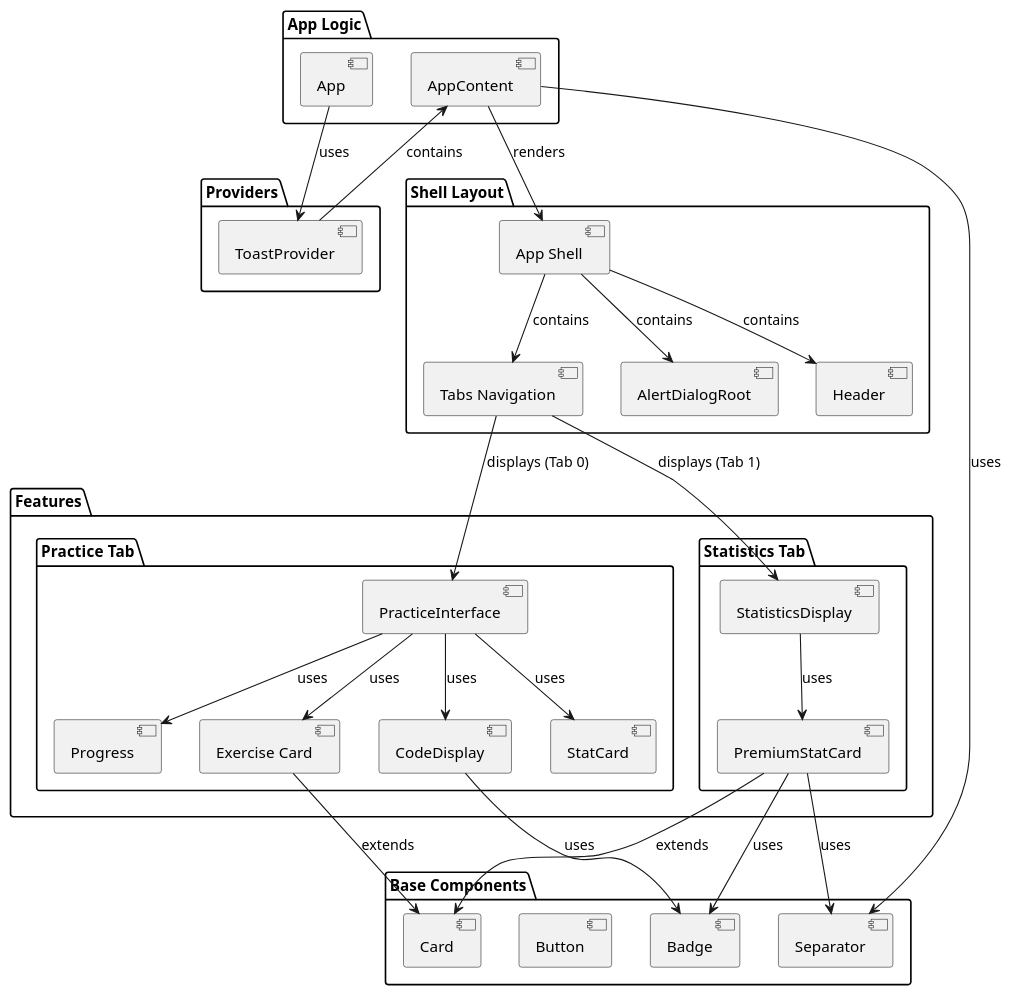
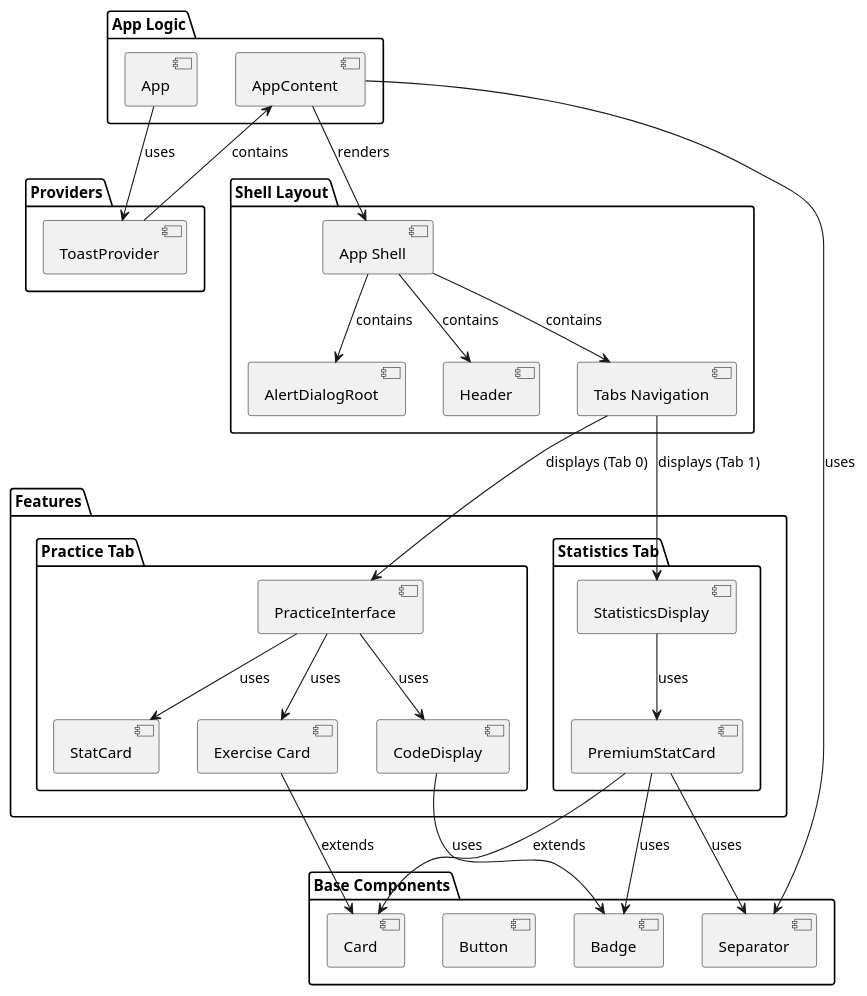
Before and after one commit to sirius-cc-wu/array30-typing-tutor: the diagram in architecture.puml, drawn with PlantUML.

Commit message:
Update UML

```diff
--- a/architecture.puml
+++ b/architecture.puml
@@ -1,67 +1,65 @@
 @startuml Array30 Architecture
 
 package "App Logic" {
     component [App] as App
     component [AppContent] as AppContent
 }
 
 package "Providers" {
     component [ToastProvider] as ToastProvider
 }
 
 package "Shell Layout" {
     component [App Shell] as Shell
     component [Header] as Header
     component [Tabs Navigation] as Tabs
     component [AlertDialogRoot] as AlertDialog
 }
 
 package "Features" {
     package "Practice Tab" {
         component [PracticeInterface] as PI
         component [Exercise Card] as ExerciseCard
         component [StatCard] as StatCard
-        component [Progress] as Progress
         component [CodeDisplay] as CodeDisplay
     }
     
     package "Statistics Tab" {
         component [StatisticsDisplay] as SD
         component [PremiumStatCard] as PStatCard
     }
 }
 
 package "Base Components" {
     component [Card] as Card
     component [Badge] as Badge
     component [Button] as Button
     component [Separator] as Separator
 }
 
 App --> ToastProvider : "uses"
 ToastProvider --> AppContent : "contains"
 AppContent --> Shell : "renders"
 AppContent --> Separator : "uses"
 
 Shell --> Header : "contains"
 Shell --> Tabs : "contains"
 Shell --> AlertDialog : "contains"
 
 Tabs --> PI : "displays (Tab 0)"
 Tabs --> SD : "displays (Tab 1)"
 
 PI --> ExerciseCard : "uses"
 PI --> StatCard : "uses"
-PI --> Progress : "uses"
 PI --> CodeDisplay : "uses"
 
 SD --> PStatCard : "uses"
 
 ExerciseCard --> Card : "extends"
 PStatCard --> Card : "extends"
 
 CodeDisplay --> Badge : "uses"
 PStatCard --> Badge : "uses"
 PStatCard --> Separator : "uses"
 
 @enduml
```
